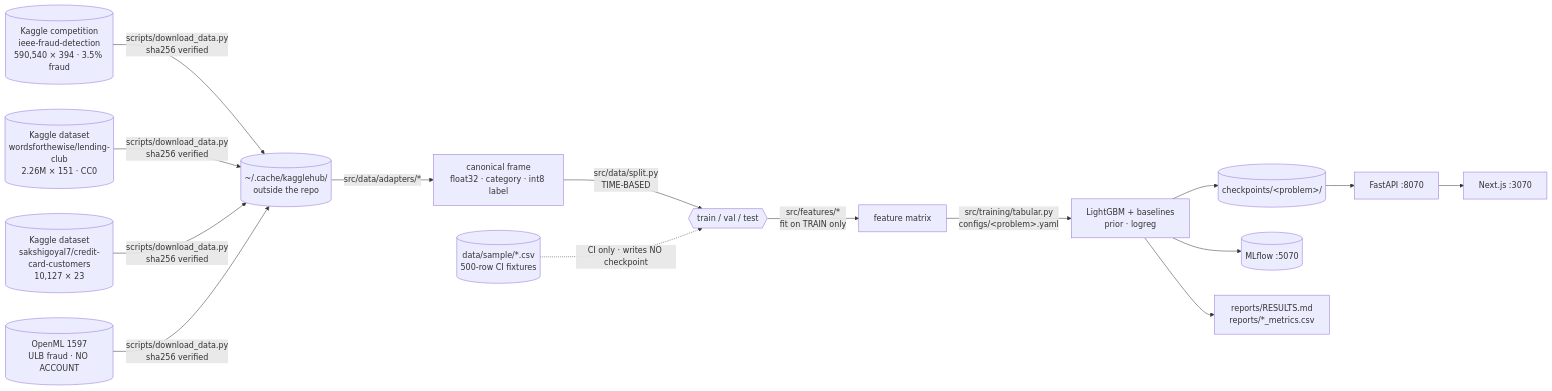
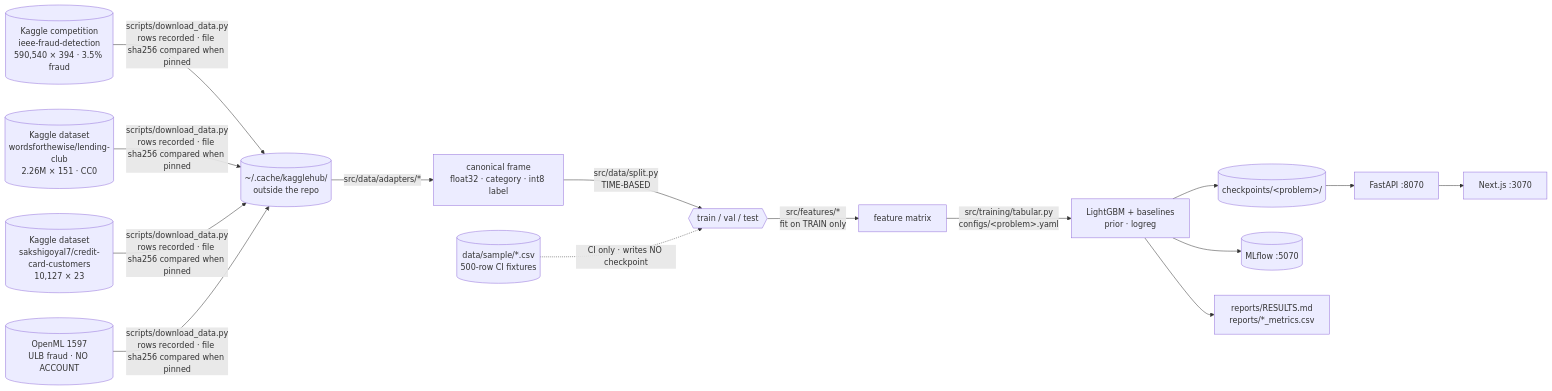
Before and after one commit to armandogon94/Portfolio-ML-System: the third of 3 diagrams in docs/architecture.md, drawn with Mermaid. The commit also changed other lines of this file and 51 other files, not shown here.

````diff
--- a/docs/architecture.md
+++ b/docs/architecture.md
@@ -106,17 +106,17 @@
 ```mermaid
 flowchart LR
     K1[("Kaggle competition<br/>ieee-fraud-detection<br/>590,540 × 394 · 3.5% fraud")]
     K2[("Kaggle dataset<br/>wordsforthewise/lending-club<br/>2.26M × 151 · CC0")]
     K3[("Kaggle dataset<br/>sakshigoyal7/credit-card-customers<br/>10,127 × 23")]
     OML[("OpenML 1597<br/>ULB fraud · NO ACCOUNT")]
-    K1 & K2 & K3 & OML -->|"scripts/download_data.py<br/>sha256 verified"| C[("~/.cache/kagglehub/<br/>outside the repo")]
+    K1 & K2 & K3 & OML -->|"scripts/download_data.py<br/>rows recorded · file sha256 compared when pinned"| C[("~/.cache/kagglehub/<br/>outside the repo")]
     C -->|"src/data/adapters/*"| P["canonical frame<br/>float32 · category · int8 label"]
     P -->|"src/data/split.py<br/>TIME-BASED"| T{{"train / val / test"}}
     T -->|"src/features/*<br/>fit on TRAIN only"| X["feature matrix"]
     X -->|"src/training/tabular.py<br/>configs/&lt;problem&gt;.yaml"| MDL["LightGBM + baselines<br/>prior · logreg"]
     MDL --> CK[("checkpoints/&lt;problem&gt;/")]
     MDL --> ML[("MLflow :5070")]
     MDL --> RES["reports/RESULTS.md<br/>reports/*_metrics.csv"]
     CK --> API["FastAPI :8070"] --> WEB["Next.js :3070"]
     SMP[("data/sample/*.csv<br/>500-row CI fixtures")] -.->|"CI only · writes NO checkpoint"| T
 ```
````
